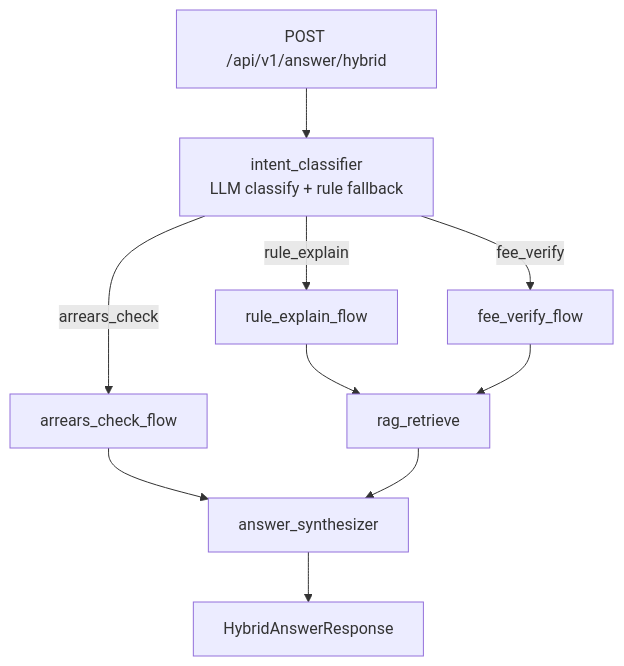
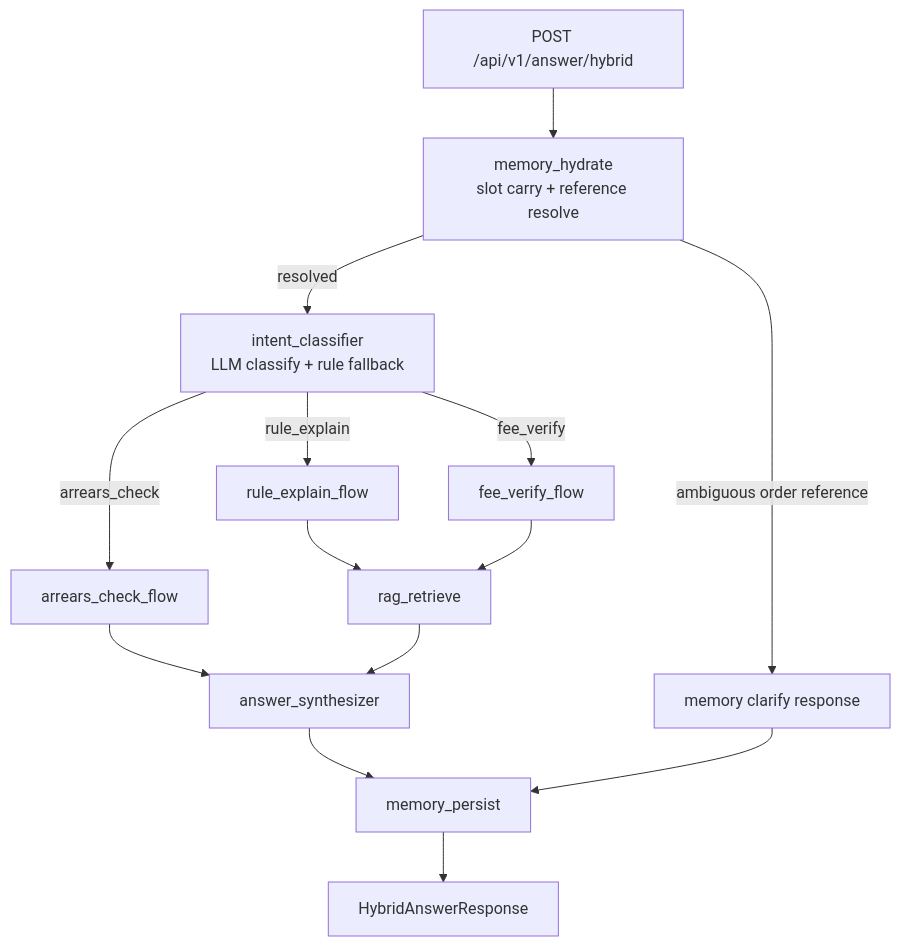
Before and after one commit to newgpp/agent-parksuit: the diagram in README.md, drawn with Mermaid. The commit also changed other lines of this file and 1 other file, not shown here.

Commit message:
docs(rag009): refresh status and hybrid memory flow highlights

````diff
--- a/README.md
+++ b/README.md
@@ -34,13 +35,17 @@
 ```mermaid
 flowchart TD
-    A[POST /api/v1/answer/hybrid] --> B[intent_classifier<br/>LLM classify + rule fallback]
+    A[POST /api/v1/answer/hybrid] --> M[memory_hydrate<br/>slot carry + reference resolve]
+    M -->|ambiguous order reference| X[memory clarify response]
+    M -->|resolved| B[intent_classifier<br/>LLM classify + rule fallback]
     B -->|rule_explain| C[rule_explain_flow]
     B -->|arrears_check| D[arrears_check_flow]
     B -->|fee_verify| E[fee_verify_flow]
 
     C --> F[rag_retrieve]
     E --> F
     D --> G[answer_synthesizer]
     F --> G
-    G --> H[HybridAnswerResponse]
+    G --> P[memory_persist]
+    X --> P
+    P --> H[HybridAnswerResponse]
 ```
````
